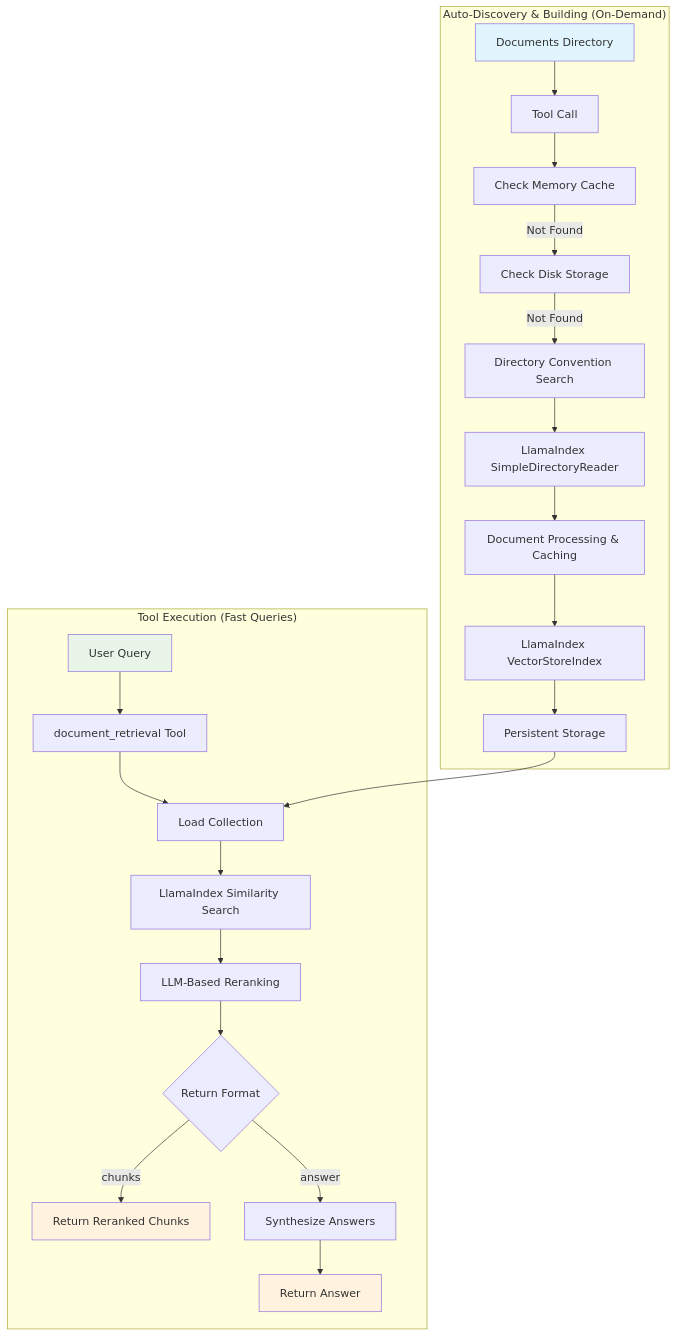
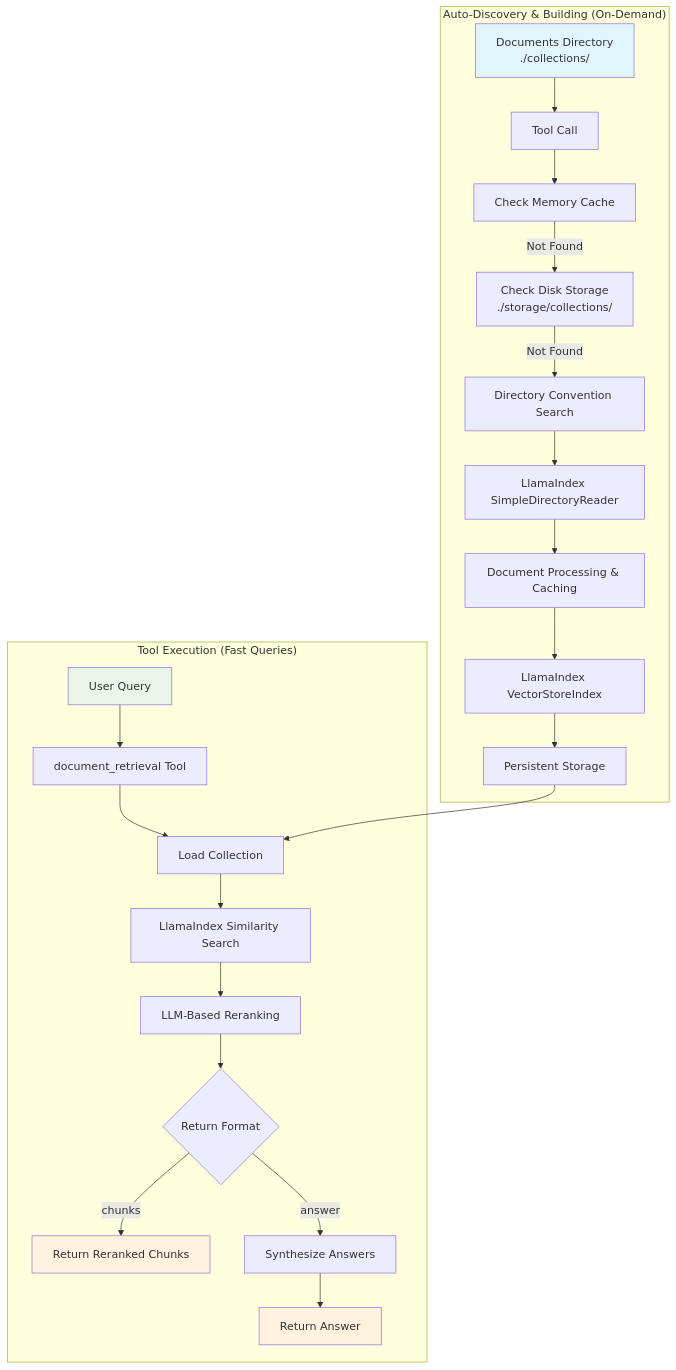
Before and after one commit to agentplug/agenthub: the first of 2 diagrams in docs/.implementation_design/phase3.3_mcp_tools/document_retrieval_tool_design.md, drawn with Mermaid. The commit also changed other lines of this file, not shown here.

First line of the commit message:
feat: restructure document_retrieval_tool_design.md for maximum clarity and coherence

````diff
--- a/docs/.implementation_design/phase3.3_mcp_tools/document_retrieval_tool_design.md
+++ b/docs/.implementation_design/phase3.3_mcp_tools/document_retrieval_tool_design.md
@@ -29,30 +29,30 @@
 ```mermaid
 graph TB
     subgraph "Auto-Discovery & Building (On-Demand)"
-        A[Documents Directory] --> B[Tool Call]
+        A[Documents Directory<br/>./collections/] --> B[Tool Call]
         B --> C[Check Memory Cache]
-        C -->|Not Found| D[Check Disk Storage]
+        C -->|Not Found| D[Check Disk Storage<br/>./storage/collections/]
         D -->|Not Found| E[Directory Convention Search]
         E --> F[LlamaIndex SimpleDirectoryReader]
         F --> G[Document Processing & Caching]
         G --> H[LlamaIndex VectorStoreIndex]
         H --> I[Persistent Storage]
     end
     
     subgraph "Tool Execution (Fast Queries)"
         J[User Query] --> K[document_retrieval Tool]
         K --> L[Load Collection]
         L --> M[LlamaIndex Similarity Search]
         M --> N[LLM-Based Reranking]
         N --> O{Return Format}
         O -->|chunks| P[Return Reranked Chunks]
         O -->|answer| Q[Synthesize Answers]
         Q --> R[Return Answer]
     end
     
     I --> L
     style A fill:#e1f5fe
     style J fill:#e8f5e8
     style P fill:#fff3e0
     style R fill:#fff3e0
 ```
````
